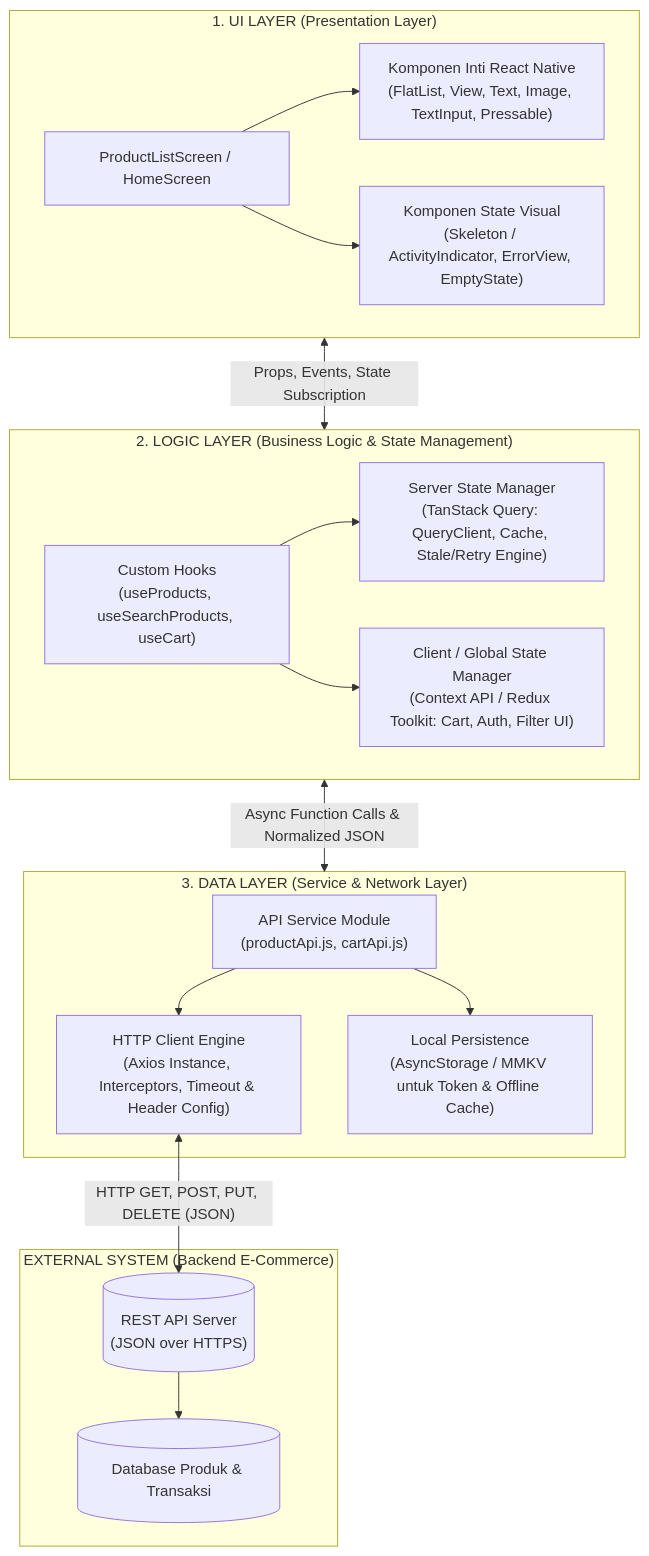
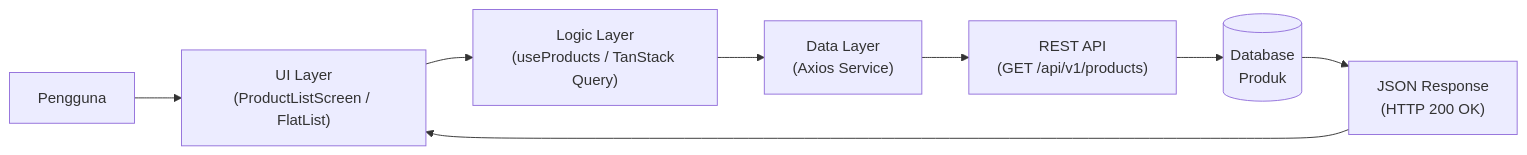
The diagram in 01_Jawaban_Soal_1.md (marvdav01/UTS-Pemrograman-Mobile-Lanjut), drawn with Mermaid before and after one commit. The commit also changed other lines of this file and 43 other files, not shown here.

````diff
--- a/01_Jawaban_Soal_1.md
+++ b/01_Jawaban_Soal_1.md
@@ -23,36 +44,10 @@
 ```mermaid
-flowchart TD
-    subgraph UI_LAYER ["1. UI LAYER (Presentation Layer)"]
-        A["ProductListScreen / HomeScreen"]
-        B["Komponen Inti React Native<br/>(FlatList, View, Text, Image, TextInput, Pressable)"]
-        C["Komponen State Visual<br/>(Skeleton / ActivityIndicator, ErrorView, EmptyState)"]
-        A --> B
-        A --> C
-    end
-
-    subgraph LOGIC_LAYER ["2. LOGIC LAYER (Business Logic & State Management)"]
-        D["Custom Hooks<br/>(useProducts, useSearchProducts, useCart)"]
-        E["Server State Manager<br/>(TanStack Query: QueryClient, Cache, Stale/Retry Engine)"]
-        F["Client / Global State Manager<br/>(Context API / Redux Toolkit: Cart, Auth, Filter UI)"]
-        D --> E
-        D --> F
-    end
-
-    subgraph DATA_LAYER ["3. DATA LAYER (Service & Network Layer)"]
-        G["API Service Module<br/>(productApi.js, cartApi.js)"]
-        H["HTTP Client Engine<br/>(Axios Instance, Interceptors, Timeout & Header Config)"]
-        I["Local Persistence<br/>(AsyncStorage / MMKV untuk Token & Offline Cache)"]
-        G --> H
-        G --> I
-    end
-
-    subgraph BACKEND ["EXTERNAL SYSTEM (Backend E-Commerce)"]
-        J[("REST API Server<br/>(JSON over HTTPS)")]
-        K[("Database Produk & Transaksi")]
-        J --> K
-    end
-
-    UI_LAYER <-->|"Props, Events, State Subscription"| LOGIC_LAYER
-    LOGIC_LAYER <-->|"Async Function Calls & Normalized JSON"| DATA_LAYER
-    H <-->|"HTTP GET, POST, PUT, DELETE (JSON)"| J
+flowchart LR
+    A["Pengguna"] --> B["UI Layer<br/>(ProductListScreen / FlatList)"]
+    B --> C["Logic Layer<br/>(useProducts / TanStack Query)"]
+    C --> D["Data Layer<br/>(Axios Service)"]
+    D --> E["REST API<br/>(GET /api/v1/products)"]
+    E --> F[("Database<br/>Produk")]
+    F --> G["JSON Response<br/>(HTTP 200 OK)"]
+    G --> B
 ```
````
